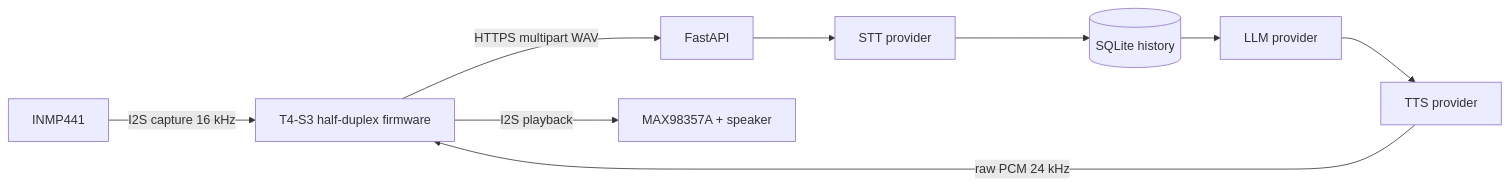
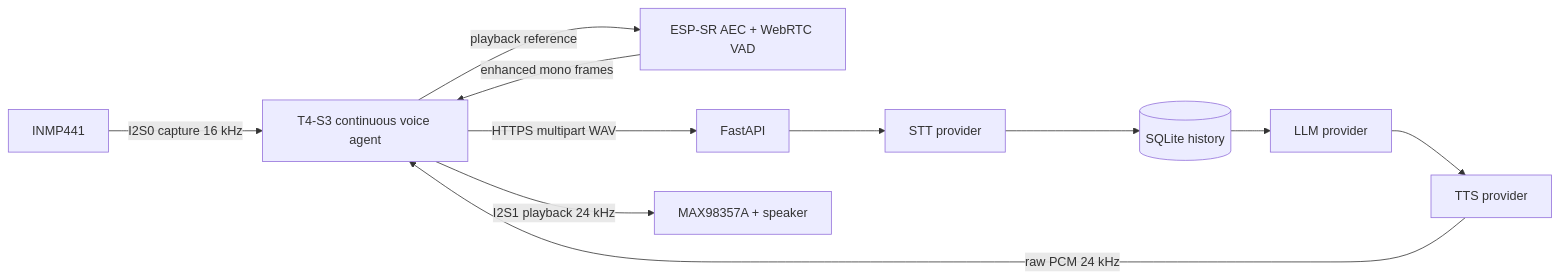
The diagram in docs/ARCHITECTURE.md (GauravDey-SOT-25/Voice_Interactive_Robot), drawn with Mermaid before and after one commit. The commit also changed other lines of this file and 10 other files, not shown here.

Commit message:
feat(firmware): add continuous hands-free voice interaction

````diff
--- a/docs/ARCHITECTURE.md
+++ b/docs/ARCHITECTURE.md
@@ -3,11 +3,13 @@
 ```mermaid
 flowchart LR
-  Mic[INMP441] -->|I2S capture 16 kHz| MCU[T4-S3 half-duplex firmware]
+  Mic[INMP441] -->|I2S0 capture 16 kHz| MCU[T4-S3 continuous voice agent]
+  MCU -->|playback reference| AFE[ESP-SR AEC + WebRTC VAD]
+  AFE -->|enhanced mono frames| MCU
   MCU -->|HTTPS multipart WAV| API[FastAPI]
   API --> STT[STT provider]
   STT --> Store[(SQLite history)]
   Store --> LLM[LLM provider]
   LLM --> TTS[TTS provider]
   TTS -->|raw PCM 24 kHz| MCU
-  MCU -->|I2S playback| Amp[MAX98357A + speaker]
+  MCU -->|I2S1 playback 24 kHz| Amp[MAX98357A + speaker]
 ```
````
